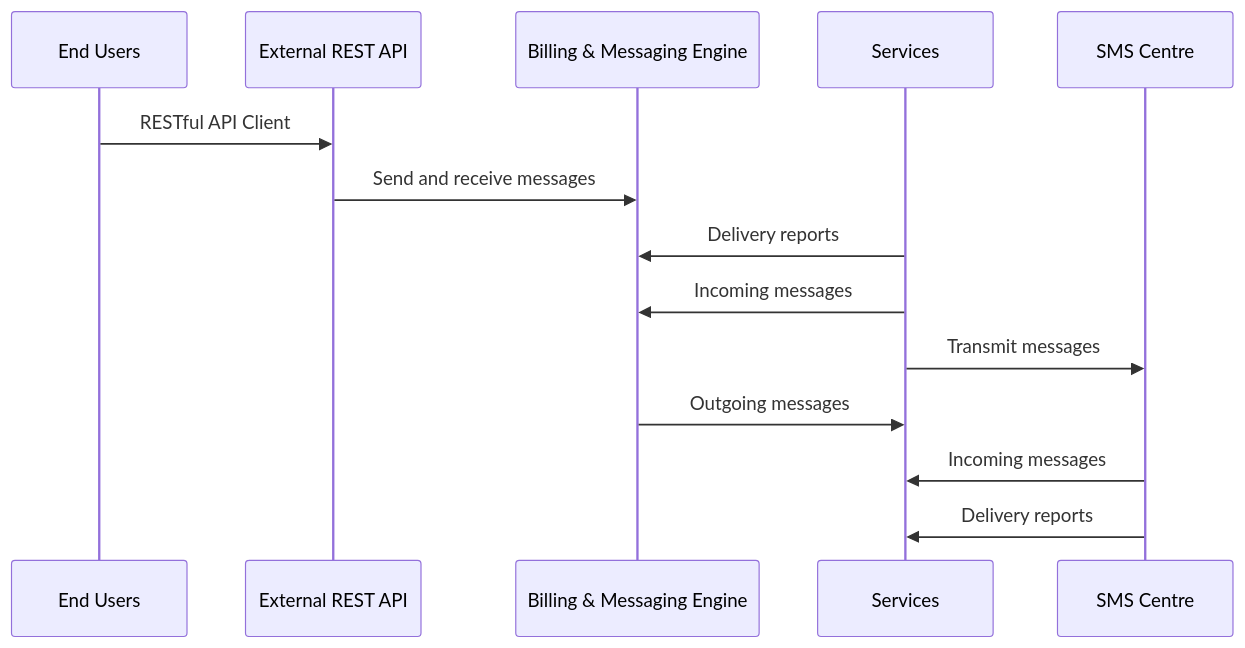
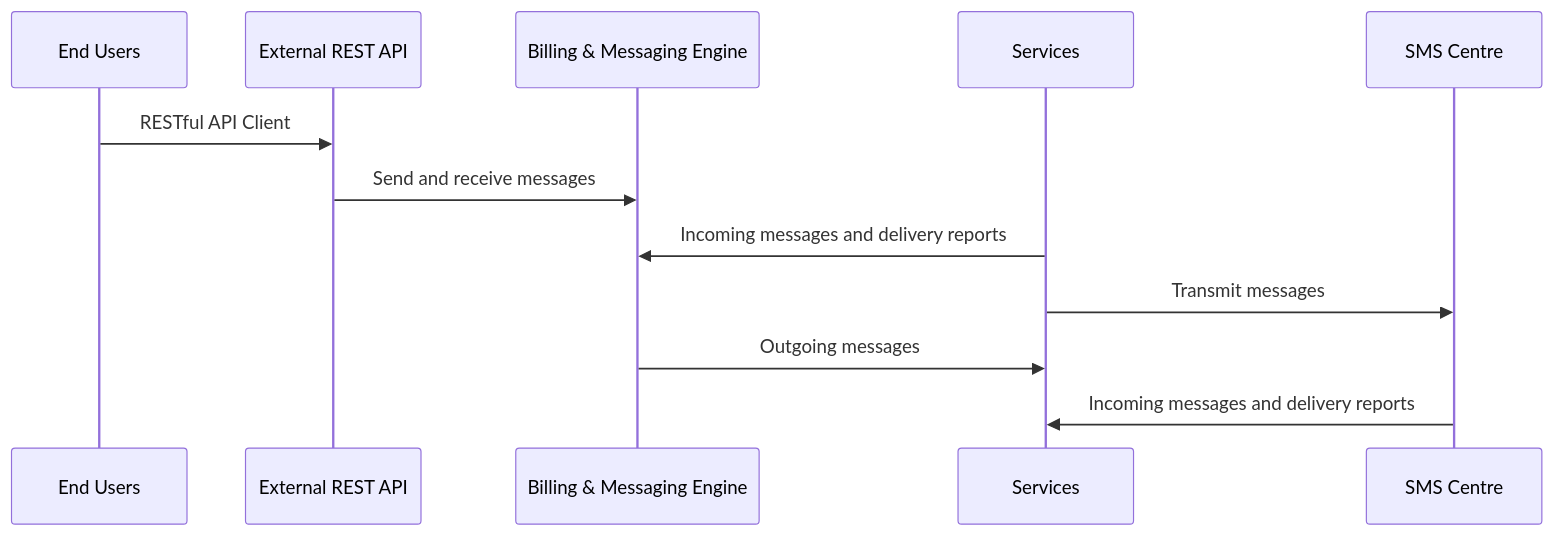
One commit to dlicudi/cv changed the third of 5 diagrams in docs/projects.md. Above: the diagram before and after it, drawn with Mermaid. The commit also changed other lines of this file and 1 other file, not shown here.

Commit message:
Minor tweaks to SMS Gateway diagram and Nginx skill

````diff
--- a/docs/projects.md
+++ b/docs/projects.md
@@ -99,16 +99,14 @@
 ``` mermaid
 sequenceDiagram
     participant Enduser as End Users
     Enduser->>FrontendAPI: RESTful API Client
     participant FrontendAPI as External REST API
     participant Django as Billing & Messaging Engine
     participant Services as Services
     participant SMSC as SMS Centre
     FrontendAPI->>Django: Send and receive messages
-    Services->>Django: Delivery reports
-    Services->>Django: Incoming messages
+    Services->>Django: Incoming messages and delivery reports
     Services->>SMSC: Transmit messages
     Django->>Services: Outgoing messages
-    SMSC->>Services: Incoming messages
-    SMSC->>Services: Delivery reports
+    SMSC->>Services: Incoming messages and delivery reports
 ```
````
